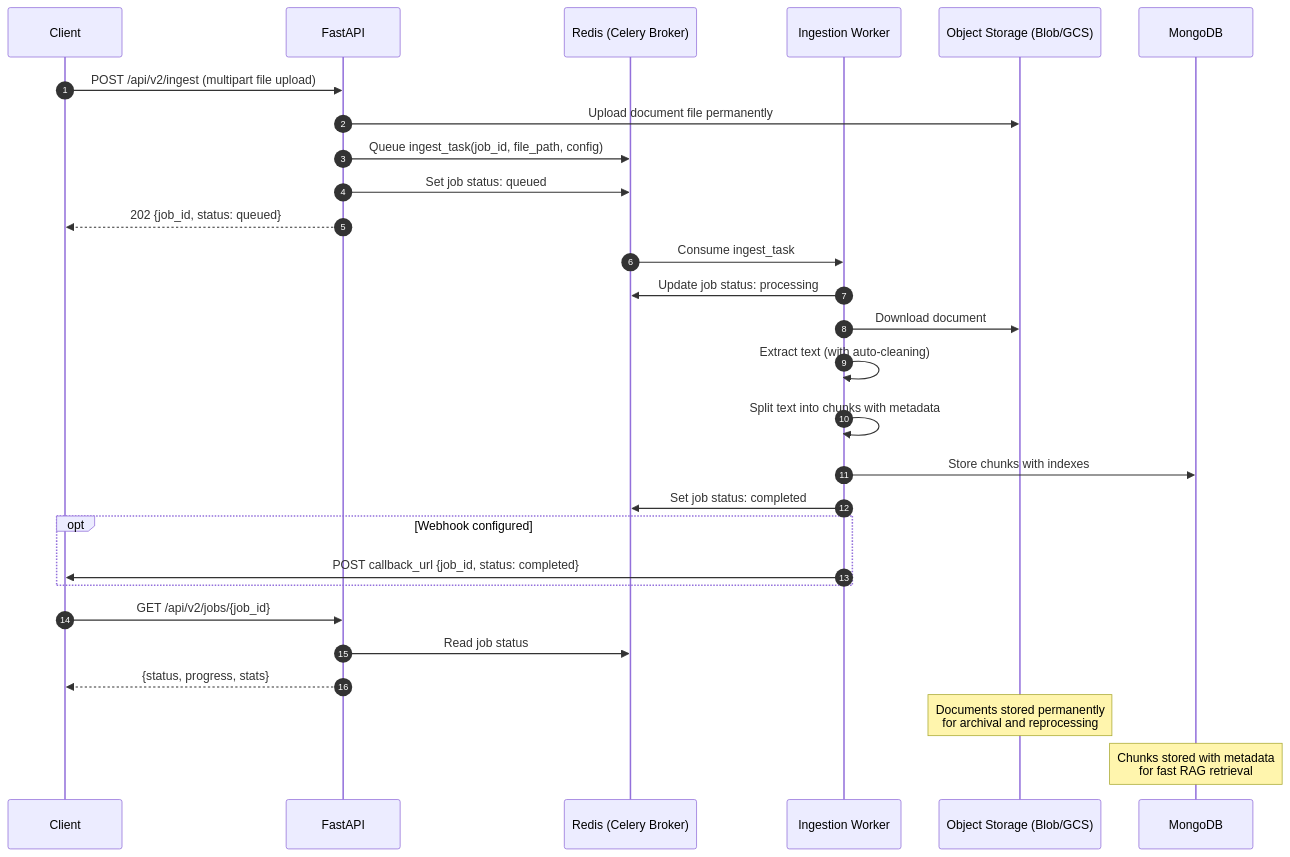
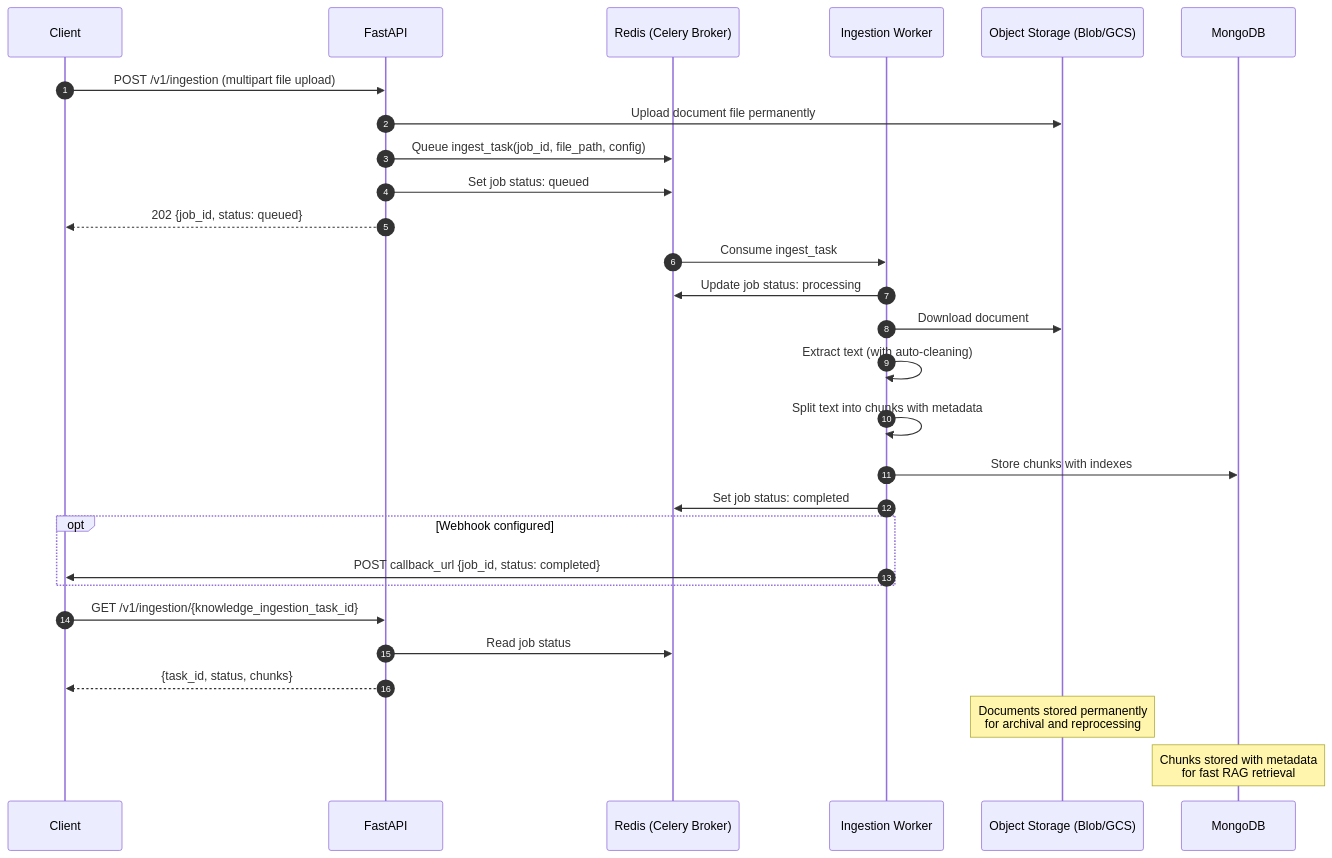
The second of 2 diagrams in docs/DESIGN.md (hmunjuluri05/rag-ingestion-api), drawn with Mermaid before and after one commit. The commit also changed other lines of this file and 1 other file, not shown here.

````diff
--- a/docs/DESIGN.md
+++ b/docs/DESIGN.md
@@ -161,35 +161,35 @@
 ```mermaid
 sequenceDiagram
     autonumber
     participant Client
     participant API as FastAPI
     participant Redis as Redis (Celery Broker)
     participant Worker as Ingestion Worker
     participant BlobStorage as Object Storage (Blob/GCS)
     participant MongoDB as MongoDB
 
-    Client->>API: POST /api/v2/ingest (multipart file upload)
+    Client->>API: POST /v1/ingestion (multipart file upload)
     API->>BlobStorage: Upload document file permanently
     API->>Redis: Queue ingest_task(job_id, file_path, config)
     API->>Redis: Set job status: queued
     API-->>Client: 202 {job_id, status: queued}
 
     Redis->>Worker: Consume ingest_task
     Worker->>Redis: Update job status: processing
     Worker->>BlobStorage: Download document
     Worker->>Worker: Extract text (with auto-cleaning)
     Worker->>Worker: Split text into chunks with metadata
     Worker->>MongoDB: Store chunks with indexes
     Worker->>Redis: Set job status: completed
 
     opt Webhook configured
         Worker->>Client: POST callback_url {job_id, status: completed}
     end
 
-    Client->>API: GET /api/v2/jobs/{job_id}
+    Client->>API: GET /v1/ingestion/{knowledge_ingestion_task_id}
     API->>Redis: Read job status
-    API-->>Client: {status, progress, stats}
+    API-->>Client: {task_id, status, chunks}
 
     Note over BlobStorage: Documents stored permanently<br/>for archival and reprocessing
     Note over MongoDB: Chunks stored with metadata<br/>for fast RAG retrieval
 ```
````
